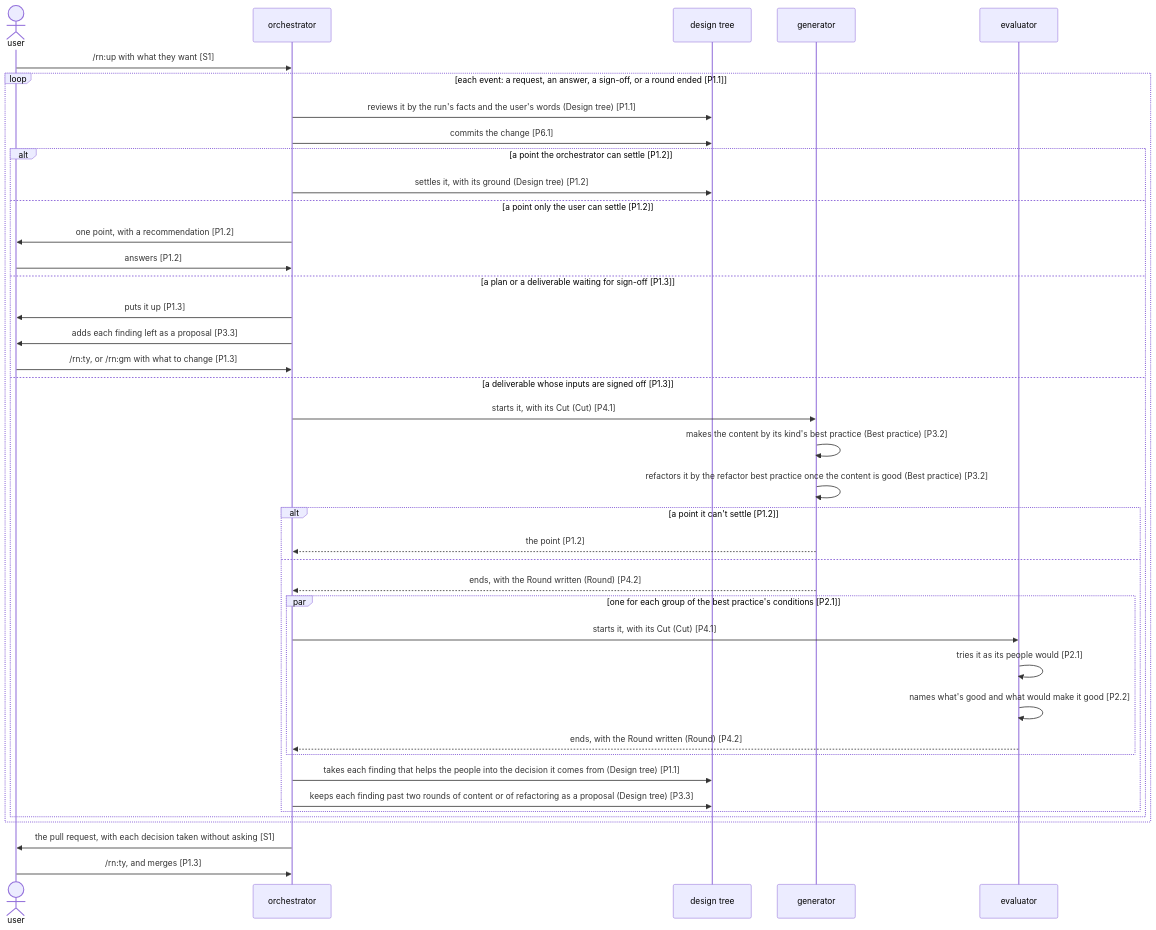
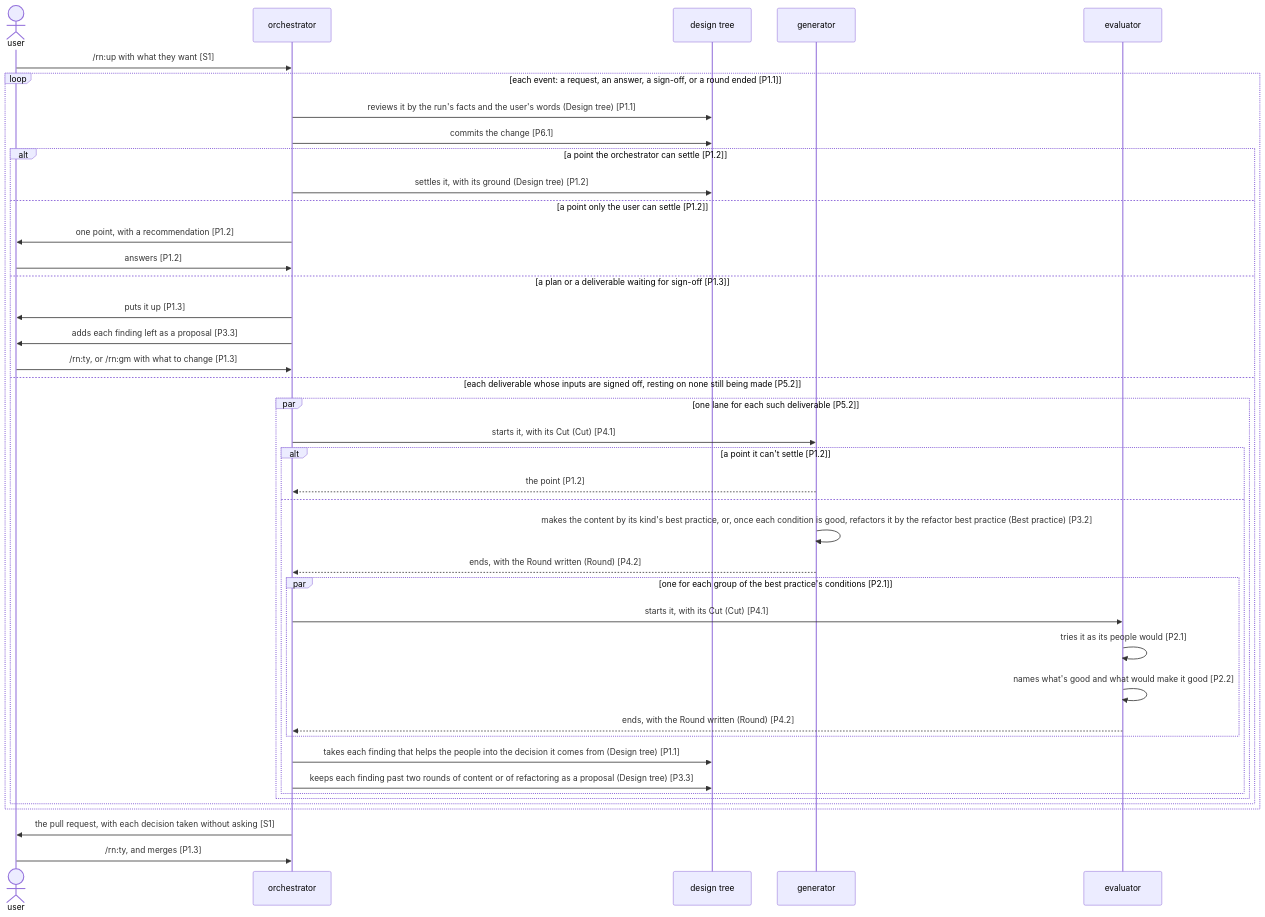
Before and after one commit to lovaizu/ccpm: the first of 2 diagrams in dev/rn/architecture.md, drawn with Mermaid. The commit also changed other lines of this file, not shown here.

Commit message:
rn's architecture makes deliverables at the same time: P5.2 has deliverables that rest on none still being made made at the same time, toward a shorter wait; each deliverable's rounds run in a lane of Lane's of their own, a round's making, judging, refactoring, and judging the only order fixed; S1 starts the rounds of each such deliverable in parallel, each start of the generator making the content or, once each condition is good, refactoring it; a Round is one making or refactoring and its judging
Claude-Session: https://claude.ai/code/session_0172CgKgKvhT2KCgXfMaPBwd

````diff
--- a/dev/rn/architecture.md
+++ b/dev/rn/architecture.md
@@ -84,42 +88,43 @@
 ```mermaid
 sequenceDiagram
   actor U as user
   participant O as orchestrator
   participant T as design tree
   participant G as generator
   participant E as evaluator
   U->>O: /rn:up with what they want [S1]
   loop each event: a request, an answer, a sign-off, or a round ended [P1.1]
     O->>T: reviews it by the run's facts and the user's words (Design tree) [P1.1]
     O->>T: commits the change [P6.1]
     alt a point the orchestrator can settle [P1.2]
       O->>T: settles it, with its ground (Design tree) [P1.2]
     else a point only the user can settle [P1.2]
       O->>U: one point, with a recommendation [P1.2]
       U->>O: answers [P1.2]
     else a plan or a deliverable waiting for sign-off [P1.3]
       O->>U: puts it up [P1.3]
       O->>U: adds each finding left as a proposal [P3.3]
       U->>O: /rn:ty, or /rn:gm with what to change [P1.3]
-    else a deliverable whose inputs are signed off [P1.3]
-      O->>G: starts it, with its Cut (Cut) [P4.1]
-      G->>G: makes the content by its kind's best practice (Best practice) [P3.2]
-      G->>G: refactors it by the refactor best practice once the content is good (Best practice) [P3.2]
-      alt a point it can't settle [P1.2]
-        G-->>O: the point [P1.2]
-      else
-        G-->>O: ends, with the Round written (Round) [P4.2]
-        par one for each group of the best practice's conditions [P2.1]
-          O->>E: starts it, with its Cut (Cut) [P4.1]
-          E->>E: tries it as its people would [P2.1]
-          E->>E: names what's good and what would make it good [P2.2]
-          E-->>O: ends, with the Round written (Round) [P4.2]
+    else each deliverable whose inputs are signed off, resting on none still being made [P5.2]
+      par one lane for each such deliverable [P5.2]
+        O->>G: starts it, with its Cut (Cut) [P4.1]
+        alt a point it can't settle [P1.2]
+          G-->>O: the point [P1.2]
+        else
+          G->>G: makes the content by its kind's best practice, or, once each condition is good, refactors it by the refactor best practice (Best practice) [P3.2]
+          G-->>O: ends, with the Round written (Round) [P4.2]
+          par one for each group of the best practice's conditions [P2.1]
+            O->>E: starts it, with its Cut (Cut) [P4.1]
+            E->>E: tries it as its people would [P2.1]
+            E->>E: names what's good and what would make it good [P2.2]
+            E-->>O: ends, with the Round written (Round) [P4.2]
+          end
+          O->>T: takes each finding that helps the people into the decision it comes from (Design tree) [P1.1]
+          O->>T: keeps each finding past two rounds of content or of refactoring as a proposal (Design tree) [P3.3]
         end
-        O->>T: takes each finding that helps the people into the decision it comes from (Design tree) [P1.1]
-        O->>T: keeps each finding past two rounds of content or of refactoring as a proposal (Design tree) [P3.3]
       end
     end
   end
   O->>U: the pull request, with each decision taken without asking [S1]
   U->>O: /rn:ty, and merges [P1.3]
 ```
````
